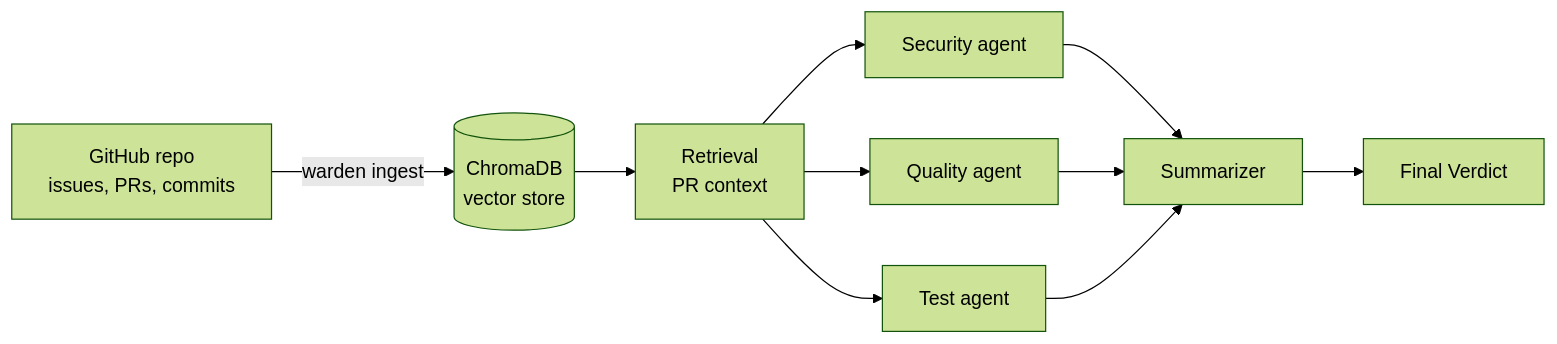
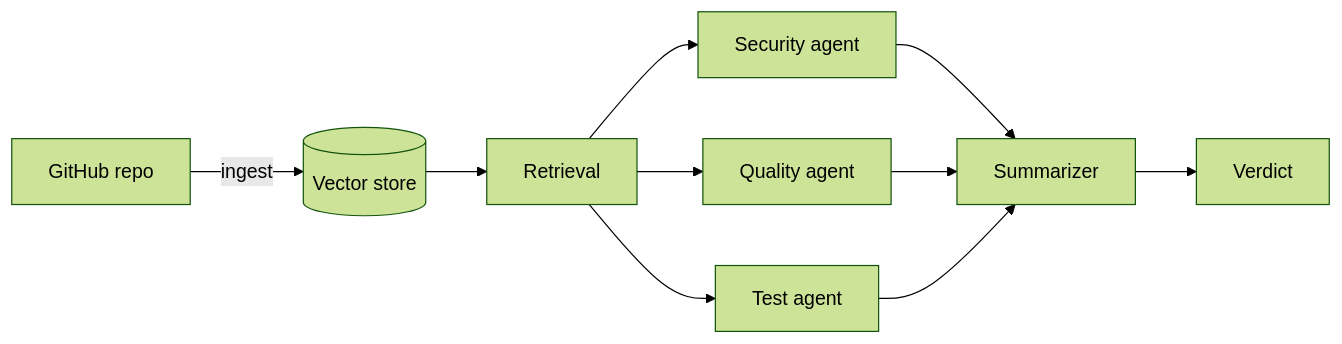
The diagram in README.md (Amowixcode/pr-warden), drawn with Mermaid (forest theme) before and after one commit. The commit also changed other lines of this file and 8 other files, not shown here.

````diff
--- a/README.md
+++ b/README.md
@@ -15,12 +22,12 @@
 ```mermaid
 flowchart LR
-    A[GitHub repo<br/>issues, PRs, commits] -->|warden ingest| B[(ChromaDB<br/>vector store)]
-    B --> C[Retrieval<br/>PR context]
+    A[GitHub repo] -->|ingest| B[(Vector store)]
+    B --> C[Retrieval]
     C --> D[Security agent]
     C --> E[Quality agent]
     C --> F[Test agent]
     D --> G[Summarizer]
     E --> G
     F --> G
-    G --> H[Final Verdict]
+    G --> H[Verdict]
 ```
````
